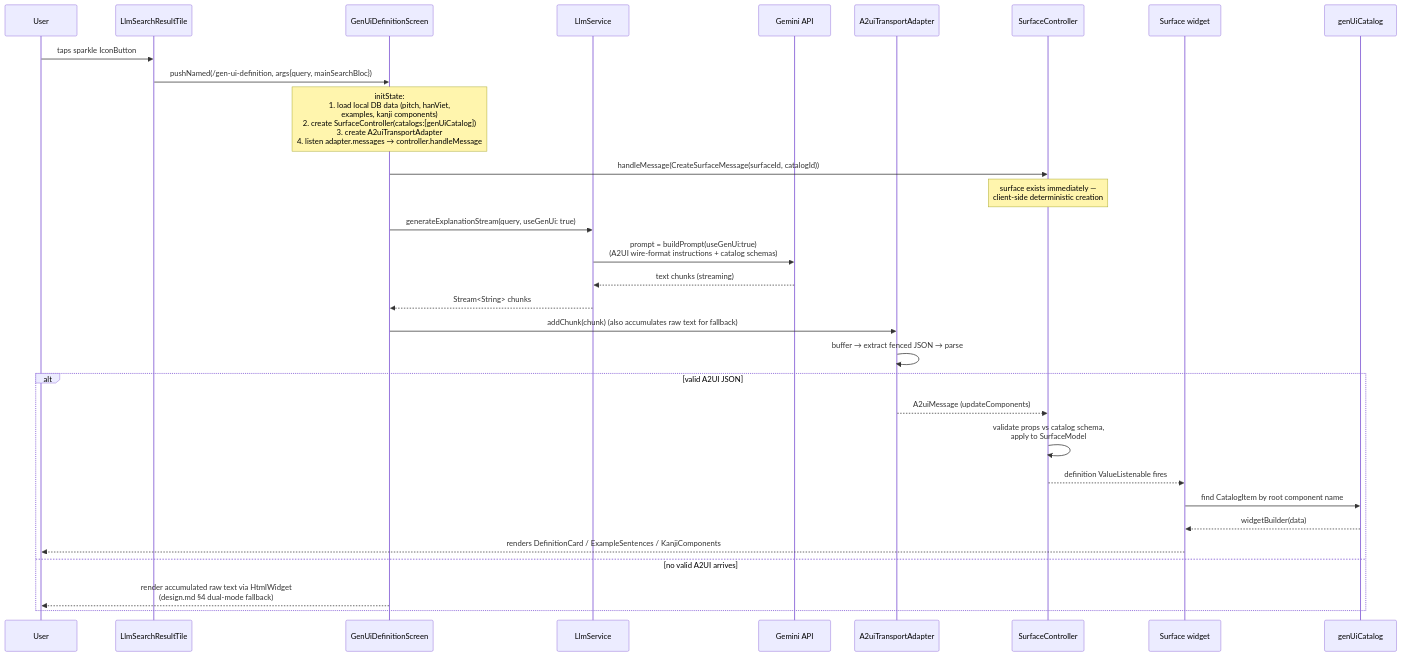
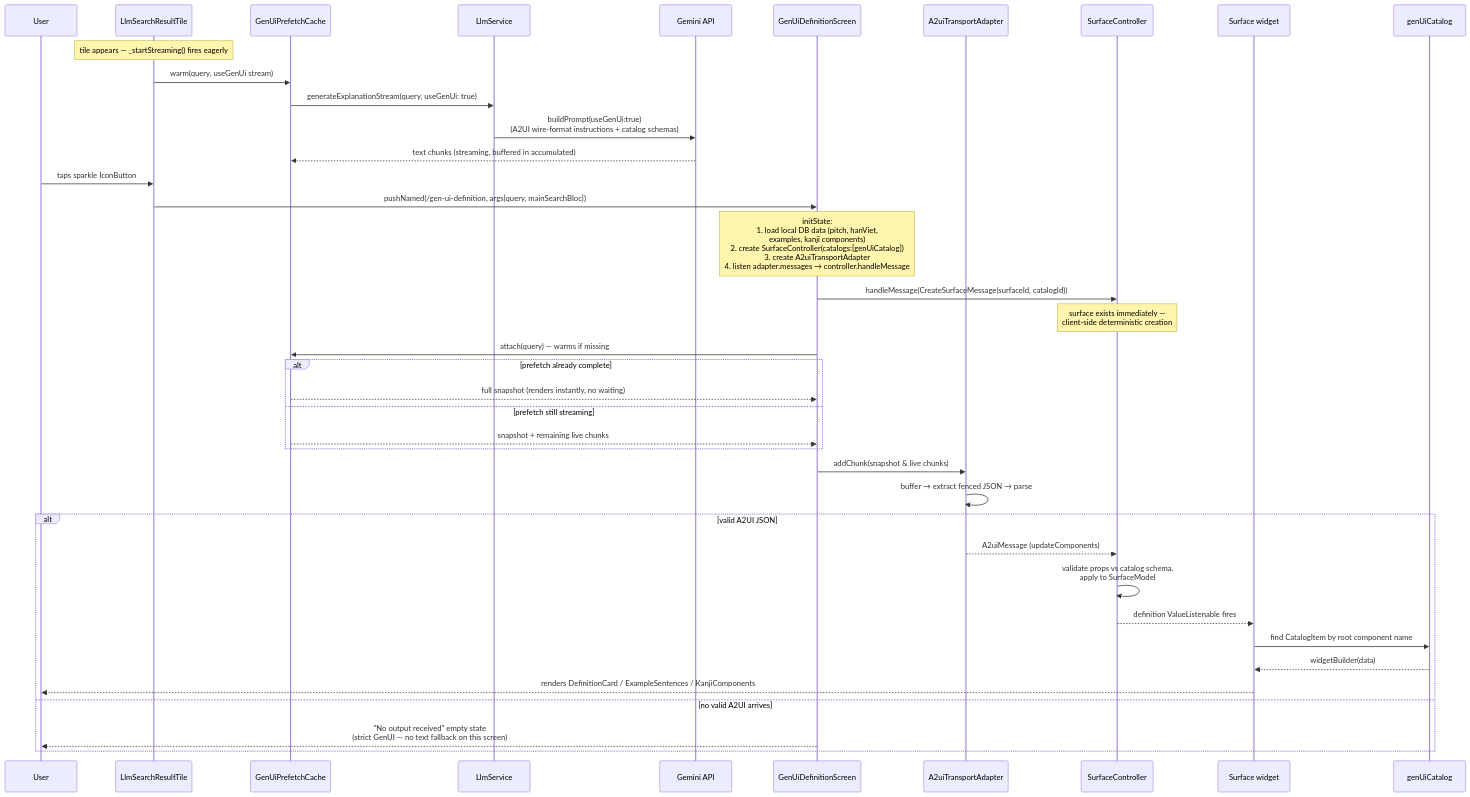
The diagram in plan/genui/guide.md (hongquang198/jishoAnkiDicts), drawn with Mermaid before and after one commit. The commit also changed other lines of this file and 4 other files, not shown here.

````diff
--- a/plan/genui/guide.md
+++ b/plan/genui/guide.md
@@ -88,34 +88,44 @@
 ```mermaid
 sequenceDiagram
     participant U as User
     participant T as LlmSearchResultTile
-    participant S as GenUiDefinitionScreen
+    participant P as GenUiPrefetchCache
     participant LS as LlmService
     participant G as Gemini API
+    participant S as GenUiDefinitionScreen
     participant TA as A2uiTransportAdapter
     participant SC as SurfaceController
     participant SW as Surface widget
     participant C as genUiCatalog
+
+    Note over T: tile appears — _startStreaming() fires eagerly
+    T->>P: warm(query, useGenUi stream)
+    P->>LS: generateExplanationStream(query, useGenUi: true)
+    LS->>G: buildPrompt(useGenUi:true)<br/>(A2UI wire-format instructions + catalog schemas)
+    G-->>P: text chunks (streaming, buffered in accumulated)
 
     U->>T: taps sparkle IconButton
     T->>S: pushNamed(/gen-ui-definition, args{query, mainSearchBloc})
     Note over S: initState:<br/>1. load local DB data (pitch, hanViet,<br/>examples, kanji components)<br/>2. create SurfaceController(catalogs:[genUiCatalog])<br/>3. create A2uiTransportAdapter<br/>4. listen adapter.messages → controller.handleMessage
     S->>SC: handleMessage(CreateSurfaceMessage(surfaceId, catalogId))
     Note over SC: surface exists immediately —<br/>client-side deterministic creation
-    S->>LS: generateExplanationStream(query, useGenUi: true)
-    LS->>G: prompt = buildPrompt(useGenUi:true)<br/>(A2UI wire-format instructions + catalog schemas)
-    G-->>LS: text chunks (streaming)
-    LS-->>S: Stream<String> chunks
-    S->>TA: addChunk(chunk)  (also accumulates raw text for fallback)
+
+    S->>P: attach(query) — warms if missing
+    alt prefetch already complete
+        P-->>S: full snapshot (renders instantly, no waiting)
+    else prefetch still streaming
+        P-->>S: snapshot + remaining live chunks
+    end
+    S->>TA: addChunk(snapshot & live chunks)
     TA->>TA: buffer → extract fenced JSON → parse
     alt valid A2UI JSON
         TA-->>SC: A2uiMessage (updateComponents)
         SC->>SC: validate props vs catalog schema,<br/>apply to SurfaceModel
         SC-->>SW: definition ValueListenable fires
         SW->>C: find CatalogItem by root component name
         C-->>SW: widgetBuilder(data)
         SW-->>U: renders DefinitionCard / ExampleSentences / KanjiComponents
     else no valid A2UI arrives
-        S-->>U: render accumulated raw text via HtmlWidget<br/>(design.md §4 dual-mode fallback)
+        S-->>U: "No output received" empty state<br/>(strict GenUI — no text fallback on this screen)
     end
 ```
````
